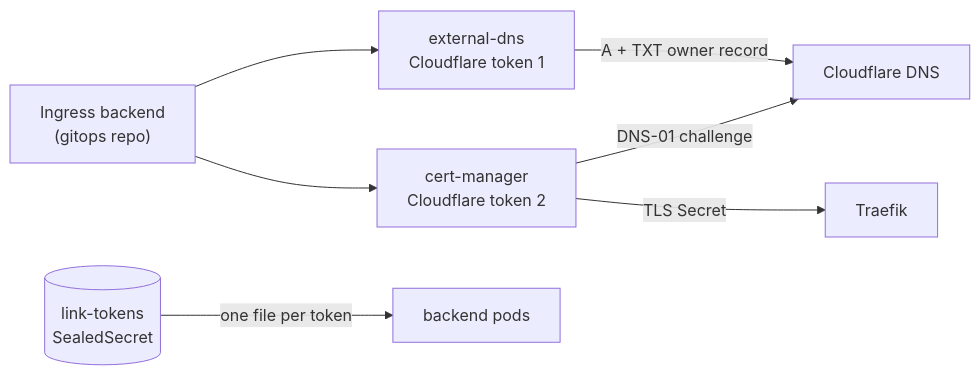
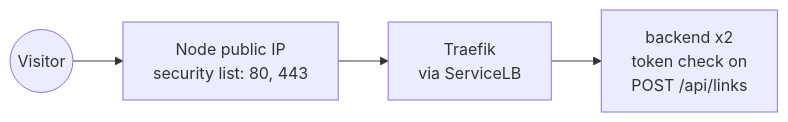
Before and after one commit to Sandeep-RN/oci-k8s-gitops-demo: the fourth of 6 diagrams in docs/architecture.md, drawn with Mermaid. The commit also changed other lines of this file and 29 other files, not shown here.

First line of the commit message:
Docs: README, architecture and ADR pointers follow the move to k3s (part of #74, #58) (#135)

````diff
--- a/docs/architecture.md
+++ b/docs/architecture.md
@@ -218,9 +205,6 @@
 ```mermaid
 flowchart LR
-    ing["Ingress backend<br/>(gitops repo)"] --> edns["external-dns<br/>Cloudflare token 1"]
-    ing --> cm["cert-manager<br/>Cloudflare token 2"]
-    edns -->|"A + TXT owner record"| cf["Cloudflare DNS"]
-    cm -->|"DNS-01 challenge"| cf
-    cm -->|"TLS Secret"| traefik["Traefik"]
-    tokens[("link-tokens<br/>SealedSecret")] -->|"one file per token"| pods["backend pods"]
+    v2(("Visitor")) --> ip["Node public IP<br/>security list: 80, 443"]
+    ip --> t2["Traefik<br/>via ServiceLB"]
+    t2 --> b2["backend x2<br/>token check on<br/>POST /api/links"]
 ```
````
